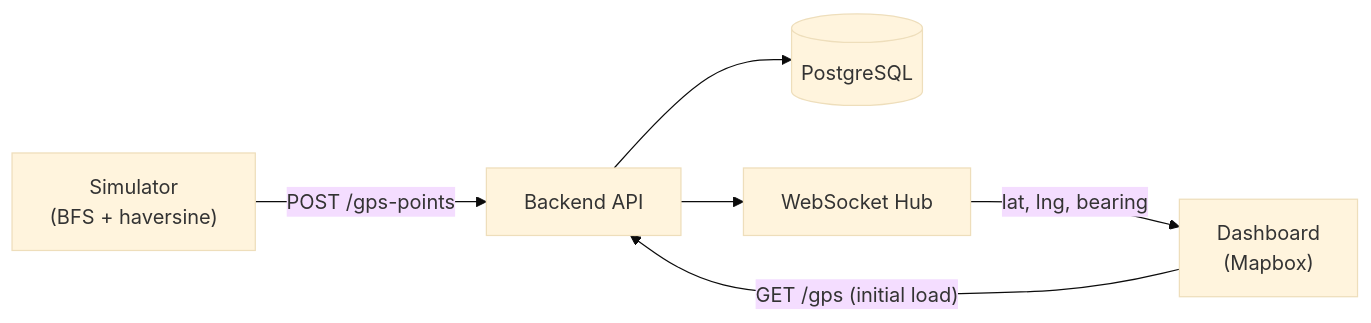
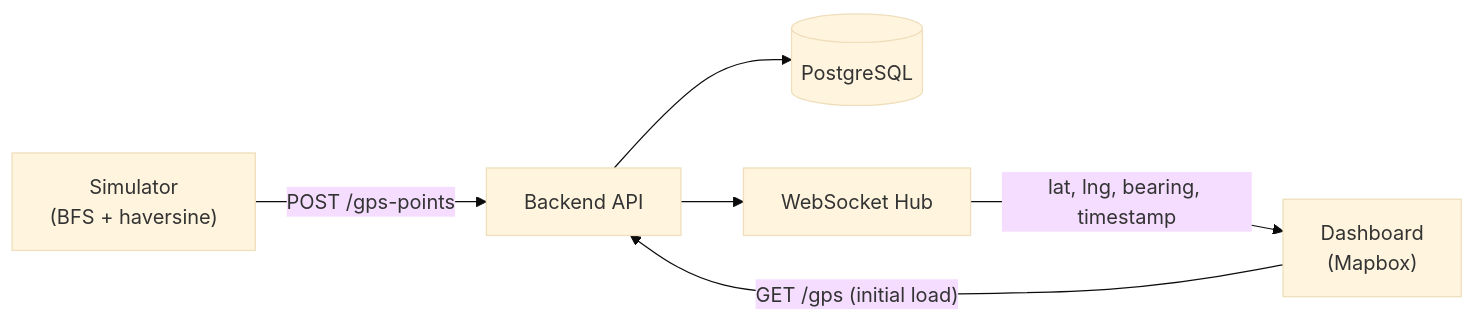
The diagram in README.md (ize-302/beacon), drawn with Mermaid (base theme) before and after one commit. The commit also changed other lines of this file, not shown here.

````diff
--- a/README.md
+++ b/README.md
@@ -9,14 +9,14 @@
 ```mermaid
 flowchart LR
     Sim["Simulator\n(BFS + haversine)"]
     API["Backend API"]
     DB[("PostgreSQL")]
     WS["WebSocket Hub"]
     Dash["Dashboard\n(Mapbox)"]
 
     Sim -->|"POST /gps-points"| API
     API --> DB
     API --> WS
-    WS -->|"lat, lng, bearing"| Dash
+    WS -->|"lat, lng, bearing, timestamp"| Dash
     Dash -->|"GET /gps (initial load)"| API
 ```
````
